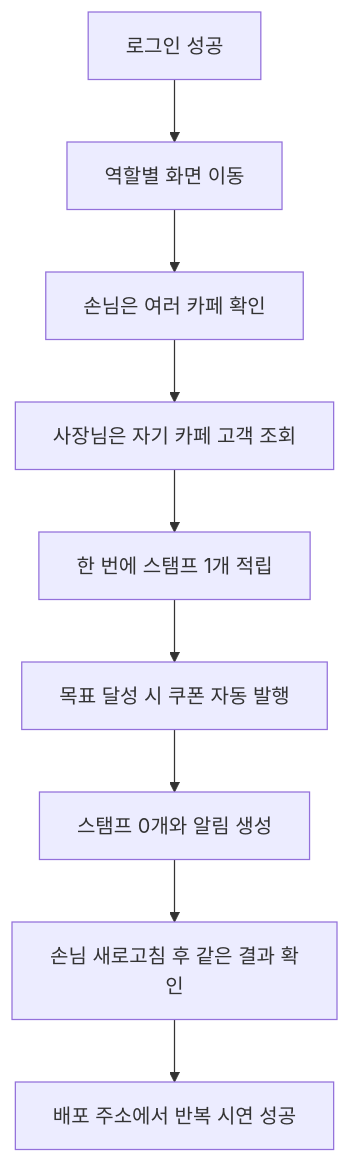
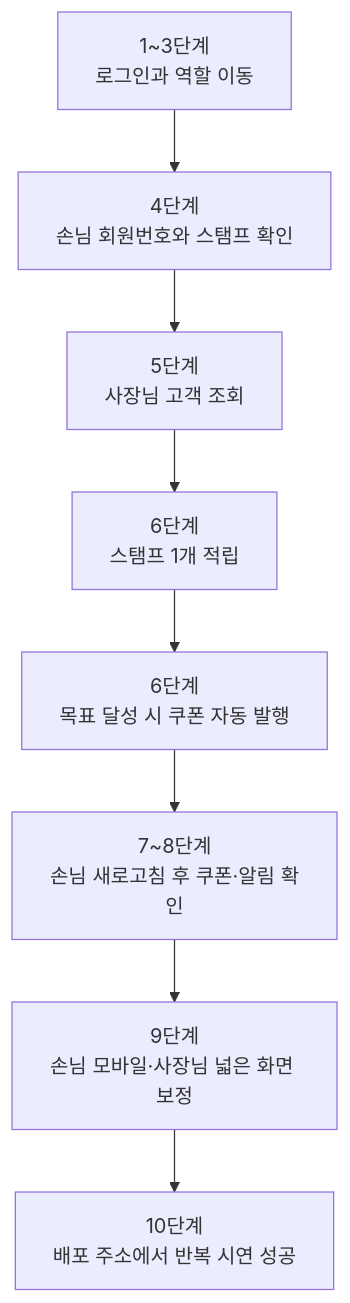
Diagram 12 of 12 in docs/beginner-development-roadmap.md (Mureung1/hub-showcase), drawn with Mermaid before and after one commit. The commit also changed other lines of this file and 6 other files, not shown here.

Commit message:
docs(plan): MVP 개발 계획과 구조 다이어그램 정리

````diff
--- a/docs/beginner-development-roadmap.md
+++ b/docs/beginner-development-roadmap.md
@@ -285,11 +314,10 @@
 ```mermaid
 flowchart TB
-    A["로그인 성공"] --> B["역할별 화면 이동"]
-    B --> C["손님은 여러 카페 확인"]
-    C --> D["사장님은 자기 카페 고객 조회"]
-    D --> E["한 번에 스탬프 1개 적립"]
-    E --> F["목표 달성 시 쿠폰 자동 발행"]
-    F --> G["스탬프 0개와 알림 생성"]
-    G --> H["손님 새로고침 후 같은 결과 확인"]
-    H --> I["배포 주소에서 반복 시연 성공"]
+    A["1~3단계<br/>로그인과 역할 이동"] --> B["4단계<br/>손님 회원번호와 스탬프 확인"]
+    B --> C["5단계<br/>사장님 고객 조회"]
+    C --> D["6단계<br/>스탬프 1개 적립"]
+    D --> E["6단계<br/>목표 달성 시 쿠폰 자동 발행"]
+    E --> F["7~8단계<br/>손님 새로고침 후 쿠폰·알림 확인"]
+    F --> G["9단계<br/>손님 모바일·사장님 넓은 화면 보정"]
+    G --> H["10단계<br/>배포 주소에서 반복 시연 성공"]
 ```
````
